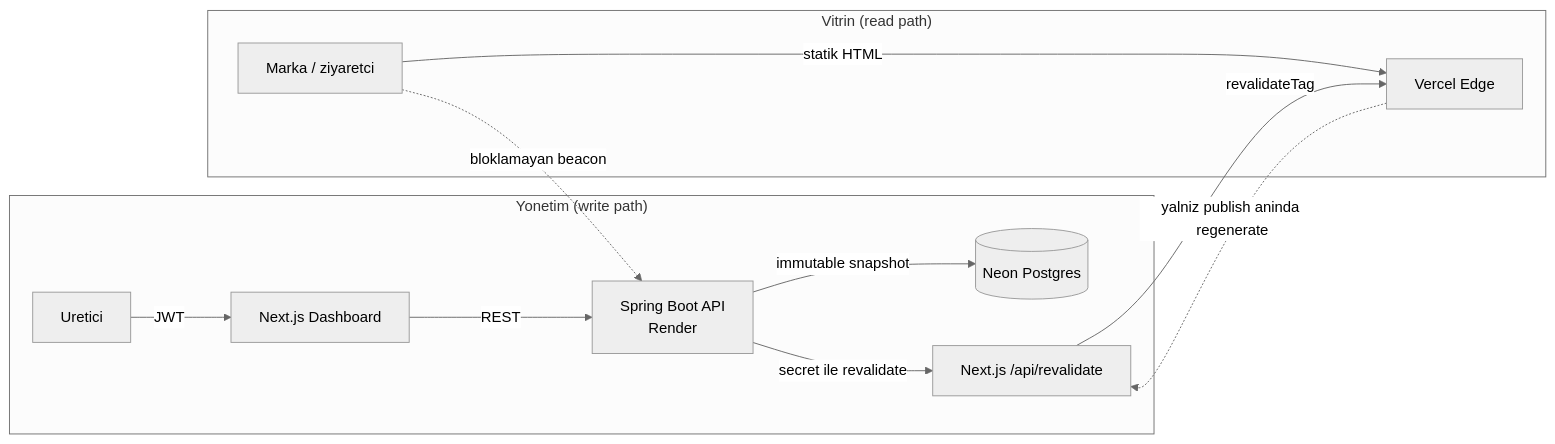
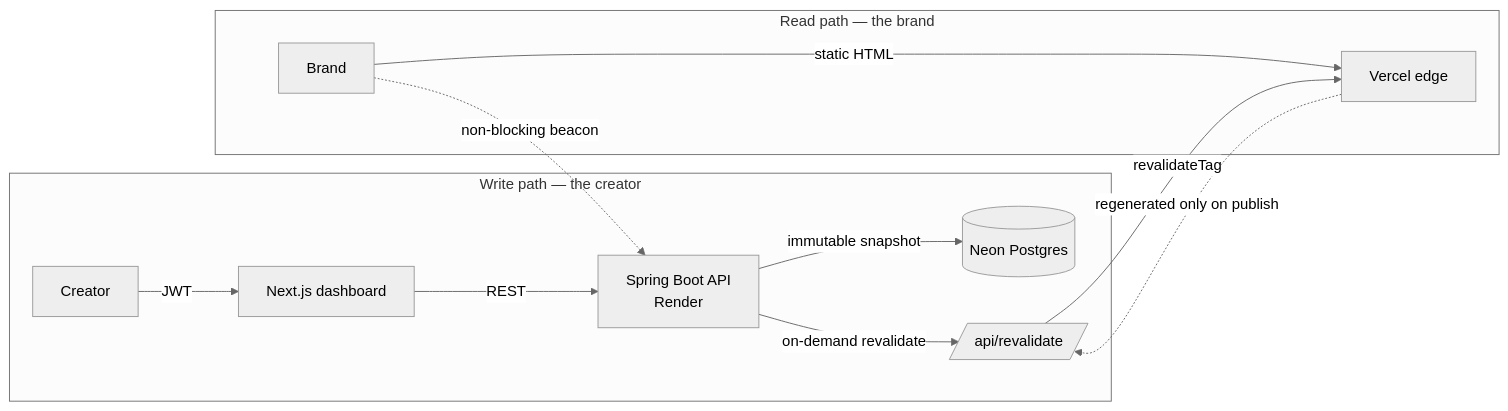
One commit to YusufKosarDev/localmediakit changed the diagram in README.md. Above: the diagram before and after it, drawn with Mermaid (neutral theme). The commit also changed other lines of this file and 13 other files, not shown here.

````diff
--- a/README.md
+++ b/README.md
@@ -48,15 +47,15 @@
 ```mermaid
 flowchart LR
-    subgraph Yonetim["Yonetim (write path)"]
-        U[Uretici] -->|JWT| D[Next.js Dashboard]
+    subgraph W["Write path — the creator"]
+        U[Creator] -->|JWT| D[Next.js dashboard]
         D -->|REST| B[Spring Boot API<br/>Render]
         B -->|immutable snapshot| DB[(Neon Postgres)]
-        B -->|secret ile revalidate| RV[Next.js /api/revalidate]
+        B -->|on-demand revalidate| RV[/api/revalidate/]
     end
-    subgraph Vitrin["Vitrin (read path)"]
-        M[Marka / ziyaretci] -->|statik HTML| E[Vercel Edge]
-        E -.->|yalniz publish aninda regenerate| RV
-        M -.->|bloklamayan beacon| B
+    subgraph R["Read path — the brand"]
+        M[Brand] -->|static HTML| E[Vercel edge]
+        E -.->|regenerated only on publish| RV
+        M -.->|non-blocking beacon| B
     end
     RV -->|revalidateTag| E
 ```
````
